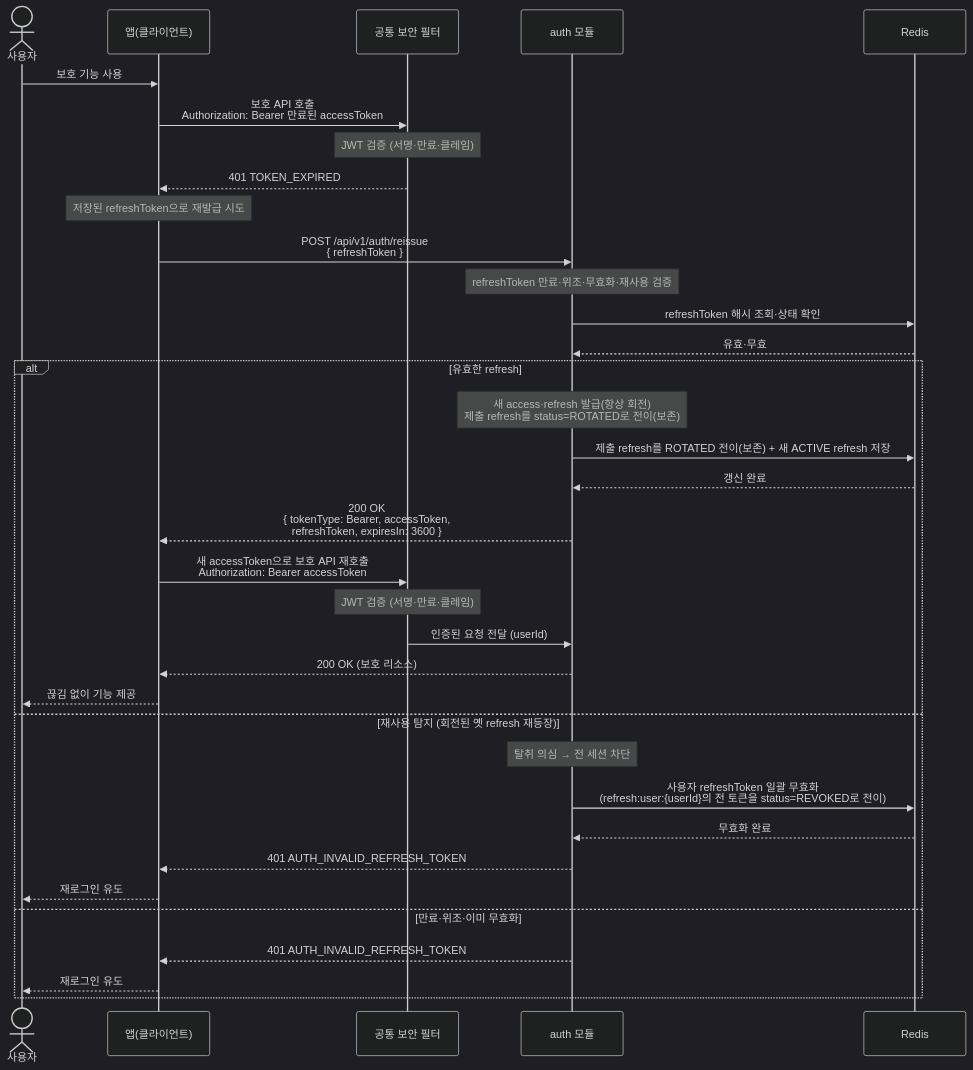
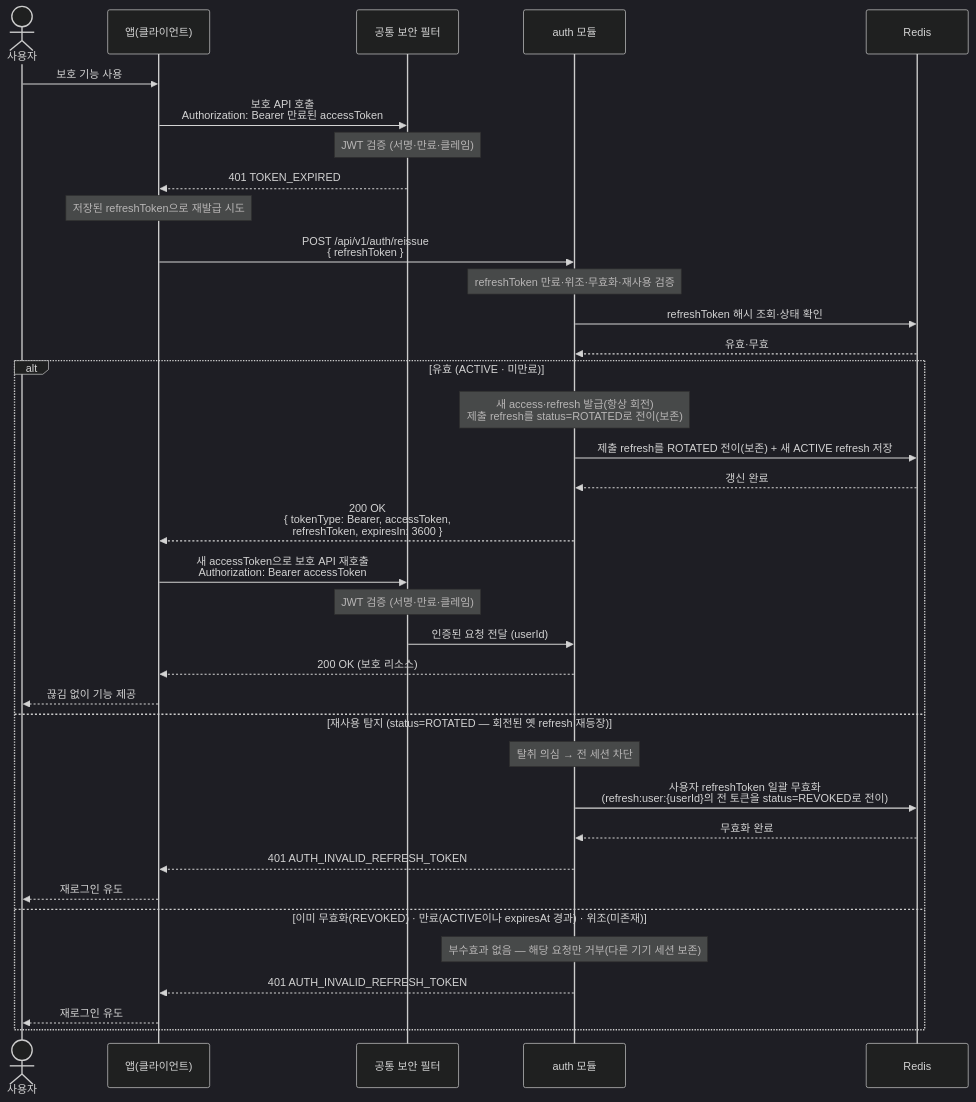
One commit to jameskim9509/Kohere-backend changed the diagram in docs/architecture/sequence-diagrams/01-auth-onboarding/us-1-3-token-reissue.md. Above: the diagram before and after it, drawn with Mermaid (dark theme). The commit also changed other lines of this file and 77 other files, not shown here.

````diff
--- a/docs/architecture/sequence-diagrams/01-auth-onboarding/us-1-3-token-reissue.md
+++ b/docs/architecture/sequence-diagrams/01-auth-onboarding/us-1-3-token-reissue.md
@@ -5,38 +5,39 @@
 ```mermaid
 sequenceDiagram
     actor U as 사용자
     participant C as 앱(클라이언트)
     participant SEC as 공통 보안 필터
     participant AUTH as auth 모듈
     participant DB as Redis
 
     U->>C: 보호 기능 사용
     C->>SEC: 보호 API 호출<br/>Authorization: Bearer 만료된 accessToken
     Note over SEC: JWT 검증 (서명·만료·클레임)
     SEC-->>C: 401 TOKEN_EXPIRED
     Note over C: 저장된 refreshToken으로 재발급 시도
     C->>AUTH: POST /api/v1/auth/reissue<br/>{ refreshToken }
     Note over AUTH: refreshToken 만료·위조·무효화·재사용 검증
     AUTH->>DB: refreshToken 해시 조회·상태 확인
     DB-->>AUTH: 유효·무효
-    alt 유효한 refresh
+    alt 유효 (ACTIVE · 미만료)
         Note over AUTH: 새 access·refresh 발급(항상 회전)<br/>제출 refresh를 status=ROTATED로 전이(보존)
         AUTH->>DB: 제출 refresh를 ROTATED 전이(보존) + 새 ACTIVE refresh 저장
         DB-->>AUTH: 갱신 완료
         AUTH-->>C: 200 OK<br/>{ tokenType: Bearer, accessToken,<br/>refreshToken, expiresIn: 3600 }
         C->>SEC: 새 accessToken으로 보호 API 재호출<br/>Authorization: Bearer accessToken
         Note over SEC: JWT 검증 (서명·만료·클레임)
         SEC->>AUTH: 인증된 요청 전달 (userId)
         AUTH-->>C: 200 OK (보호 리소스)
         C-->>U: 끊김 없이 기능 제공
-    else 재사용 탐지 (회전된 옛 refresh 재등장)
+    else 재사용 탐지 (status=ROTATED — 회전된 옛 refresh 재등장)
         Note over AUTH: 탈취 의심 → 전 세션 차단
         AUTH->>DB: 사용자 refreshToken 일괄 무효화<br/>(refresh:user:{userId}의 전 토큰을 status=REVOKED로 전이)
         DB-->>AUTH: 무효화 완료
         AUTH-->>C: 401 AUTH_INVALID_REFRESH_TOKEN
         C-->>U: 재로그인 유도
-    else 만료·위조·이미 무효화
+    else 이미 무효화(REVOKED) · 만료(ACTIVE이나 expiresAt 경과) · 위조(미존재)
+        Note over AUTH: 부수효과 없음 — 해당 요청만 거부(다른 기기 세션 보존)
         AUTH-->>C: 401 AUTH_INVALID_REFRESH_TOKEN
         C-->>U: 재로그인 유도
     end
 ```
````
